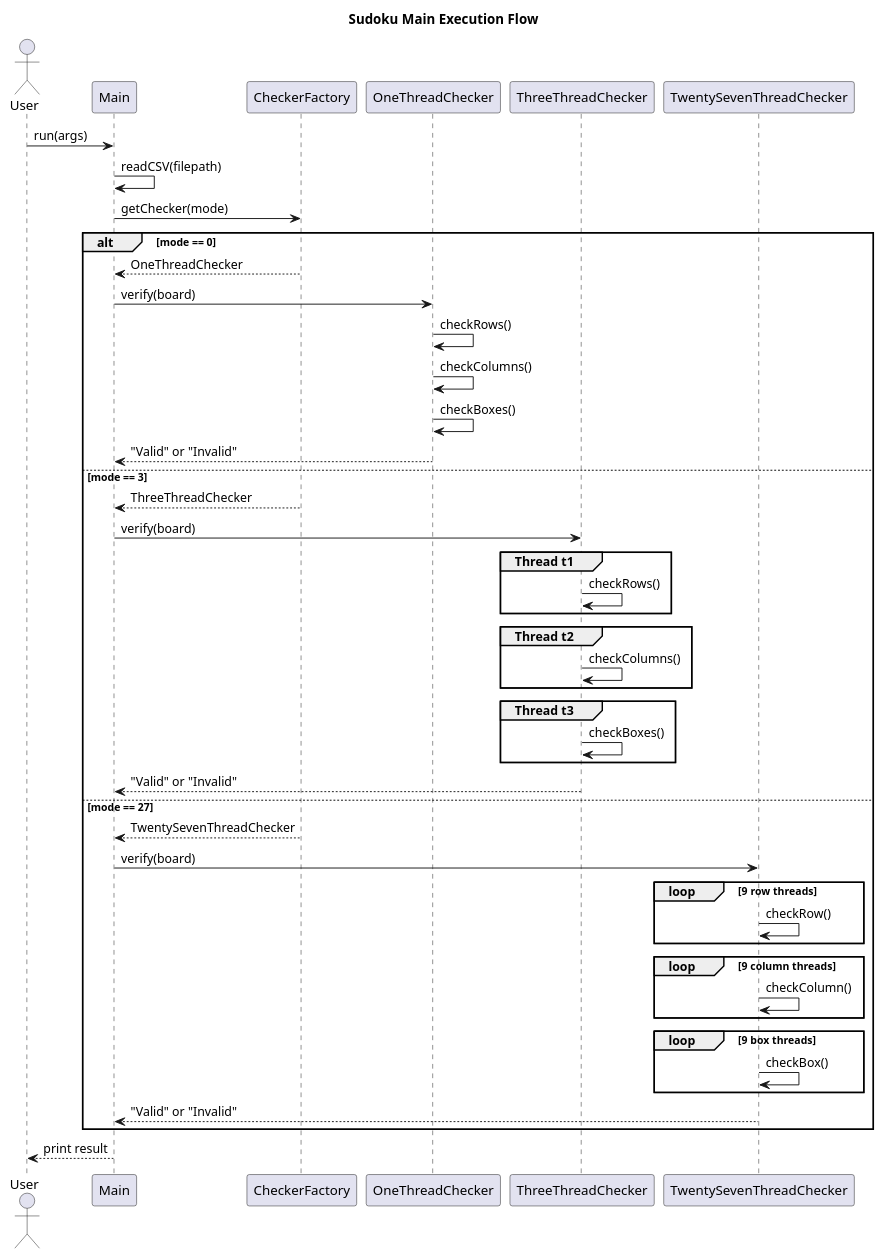
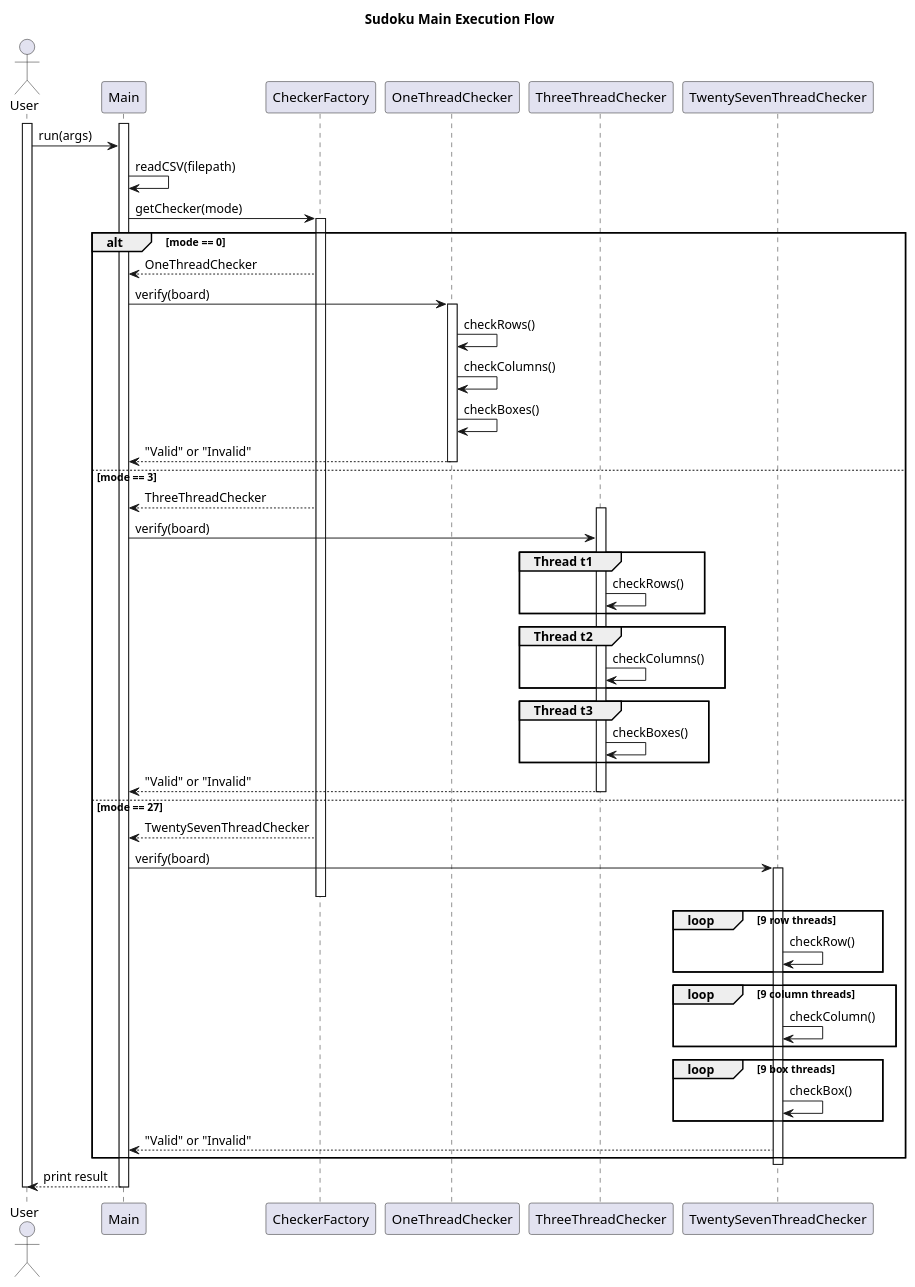
The diagram in src/Sudoku2.puml (Heba2627/Sudoku), drawn with PlantUML before and after one commit. The commit also changed 2 other files, not shown here.

Commit message:
Update Sequence Diagram

```diff
--- a/src/Sudoku2.puml
+++ b/src/Sudoku2.puml
@@ -1,56 +1,65 @@
 @startuml
 title Sudoku Main Execution Flow
 
 actor User
+Activate User
+Activate Main
 User -> Main : run(args)
 
 Main -> Main : readCSV(filepath)
 Main -> CheckerFactory : getChecker(mode)
+Activate CheckerFactory
 
 alt mode == 0
     CheckerFactory --> Main : OneThreadChecker
     Main -> OneThreadChecker : verify(board)
+    Activate OneThreadChecker
     OneThreadChecker -> OneThreadChecker : checkRows()
     OneThreadChecker -> OneThreadChecker : checkColumns()
     OneThreadChecker -> OneThreadChecker : checkBoxes()
     OneThreadChecker --> Main : "Valid" or "Invalid"
-
+    deactivate OneThreadChecker
 else mode == 3
     CheckerFactory --> Main : ThreeThreadChecker
+    Activate ThreeThreadChecker
     Main -> ThreeThreadChecker : verify(board)
 
     group Thread t1
         ThreeThreadChecker -> ThreeThreadChecker : checkRows()
     end
 
     group Thread t2
         ThreeThreadChecker -> ThreeThreadChecker : checkColumns()
     end
 
     group Thread t3
         ThreeThreadChecker -> ThreeThreadChecker : checkBoxes()
     end
 
     ThreeThreadChecker --> Main : "Valid" or "Invalid"
-
+    deactivate ThreeThreadChecker
 else mode == 27
     CheckerFactory --> Main : TwentySevenThreadChecker
     Main -> TwentySevenThreadChecker : verify(board)
+    Activate TwentySevenThreadChecker
+      deactivate CheckerFactory
 
     loop 9 row threads
         TwentySevenThreadChecker -> TwentySevenThreadChecker : checkRow()
     end
 
     loop 9 column threads
         TwentySevenThreadChecker -> TwentySevenThreadChecker : checkColumn()
     end
 
     loop 9 box threads
         TwentySevenThreadChecker -> TwentySevenThreadChecker : checkBox()
     end
 
     TwentySevenThreadChecker --> Main : "Valid" or "Invalid"
 end
-
+deactivate  TwentySevenThreadChecker
 Main --> User : print result
+deactivate Main
+deactivate User
 @enduml
```
